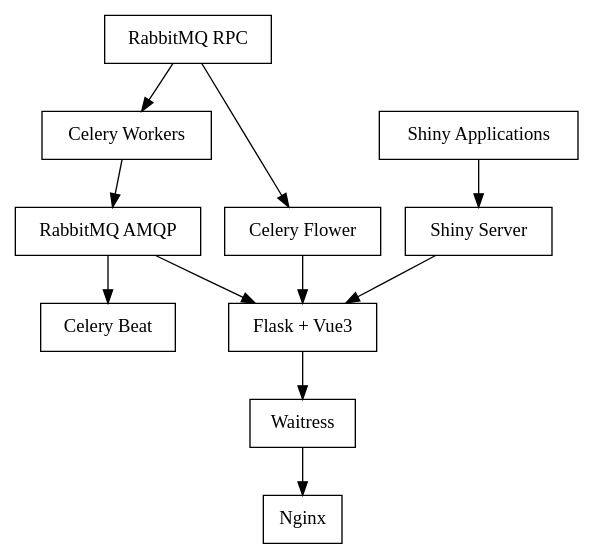
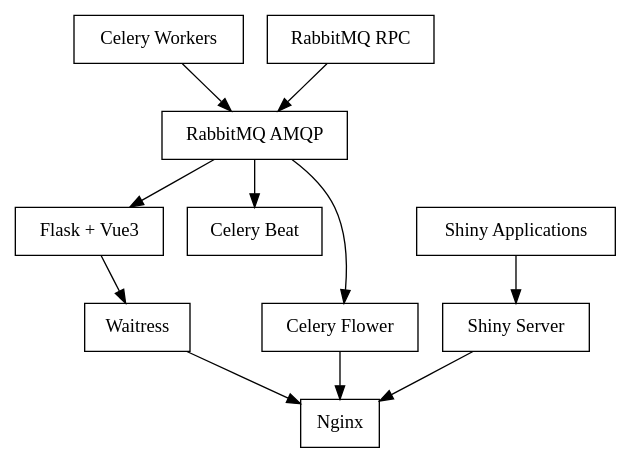
One commit to ljw20180420/rearr changed the diagram in flask_project/netStruct.gv. Above: the diagram before and after it, drawn with Graphviz. The commit also changed 17 other files, not shown here.

Commit message:
add nginx and waitress, build docker for shiny server

```diff
--- a/flask_project/netStruct.gv
+++ b/flask_project/netStruct.gv
@@ -1,23 +1,24 @@
 # export by: dot -Tpng -o netStruct.png netStruct.gv
 
 digraph netStruct
 {
     graph [rankdir=TB]
 
     node [shape = box]
     flaskVue3 [label = "Flask + Vue3"]
     celeryWorkers [label = "Celery Workers"]
     celeryBeat [label = "Celery Beat"]
     celeryFlower [label = "Celery Flower"]
     rabbitmqRPC [label = "RabbitMQ RPC"]
     rabbitmqAMQP [label = "RabbitMQ AMQP"]
     shinyServer [label = "Shiny Server"]
     shinyApp [label = "Shiny Applications"]
     waitress [label = "Waitress"]
     nginx [label = "Nginx"]
 
-    rabbitmqRPC -> celeryWorkers -> rabbitmqAMQP -> flaskVue3 -> waitress -> nginx
-    rabbitmqRPC -> celeryFlower -> flaskVue3
+    {rabbitmqRPC, celeryWorkers} -> rabbitmqAMQP -> flaskVue3 -> waitress -> nginx
+    rabbitmqAMQP -> celeryFlower
     rabbitmqAMQP -> celeryBeat
-    shinyApp -> shinyServer -> flaskVue3
+    celeryFlower -> nginx
+    shinyApp -> shinyServer -> nginx
 }
```
